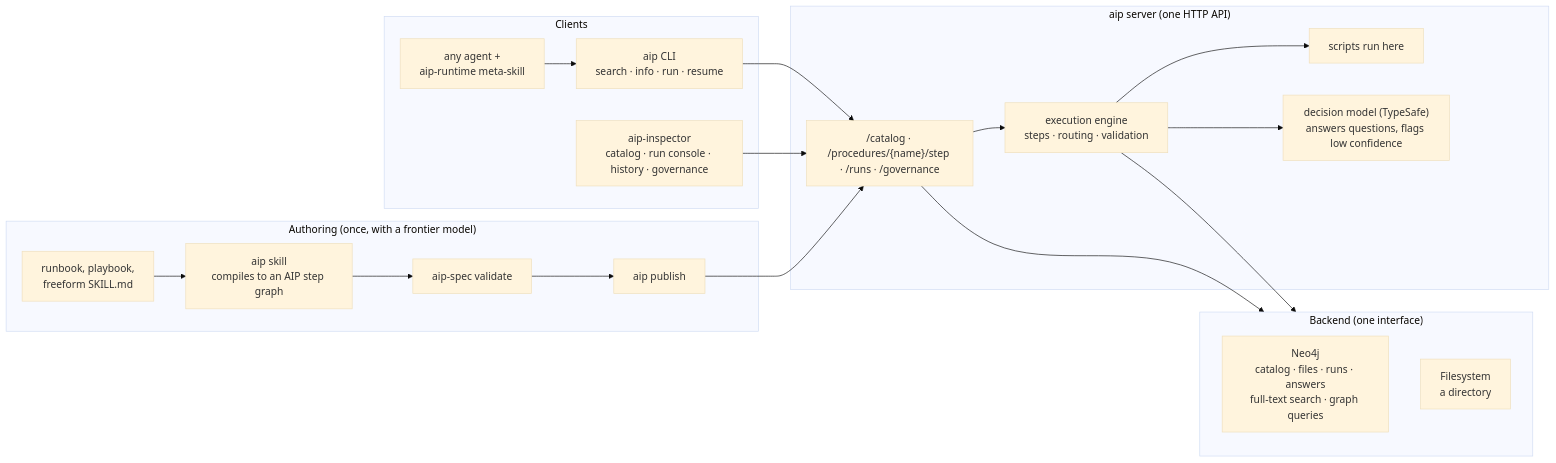
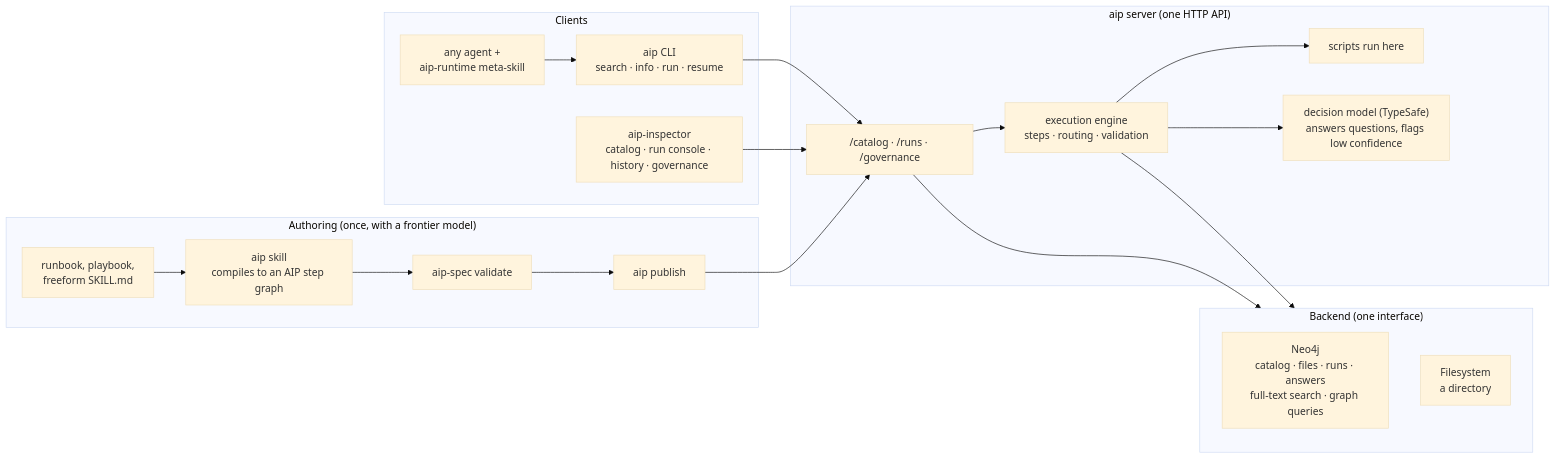
One commit to zach-blumenfeld/aip changed the diagram in README.md. Above: the diagram before and after it, drawn with Mermaid (base theme). The commit also changed other lines of this file and 23 other files, not shown here.

````diff
--- a/README.md
+++ b/README.md
@@ -39,30 +39,30 @@
 ```mermaid
 flowchart LR
     subgraph authoring["Authoring (once, with a frontier model)"]
         doc["runbook, playbook,<br/>freeform SKILL.md"] --> skill["aip skill<br/>compiles to an AIP step graph"]
         skill --> validate["aip-spec validate"]
         validate --> publish["aip publish"]
     end
     subgraph clients["Clients"]
         agent["any agent +<br/>aip-runtime meta-skill"] --> cli["aip CLI<br/>search · info · run · resume"]
         insp["aip-inspector<br/>catalog · run console · history · governance"]
     end
     subgraph server["aip server (one HTTP API)"]
-        api["/catalog · /procedures/{name}/step · /runs · /governance"]
+        api["/catalog · /runs · /governance"]
         engine["execution engine<br/>steps · routing · validation"]
         scripts["scripts run here"]
         model["decision model (TypeSafe)<br/>answers questions, flags low confidence"]
         api --> engine
         engine --> scripts
         engine --> model
     end
     subgraph backend["Backend (one interface)"]
         neo["Neo4j<br/>catalog · files · runs · answers<br/>full-text search · graph queries"]
         fs["Filesystem<br/>a directory"]
     end
     publish --> api
     cli --> api
     insp --> api
     engine --> backend
     api --> backend
 ```
````
